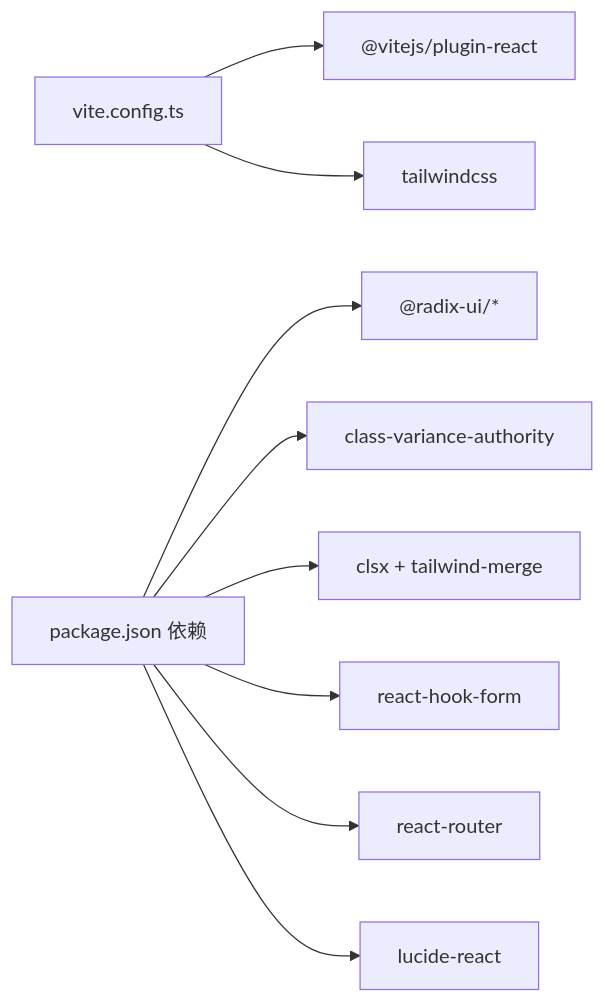
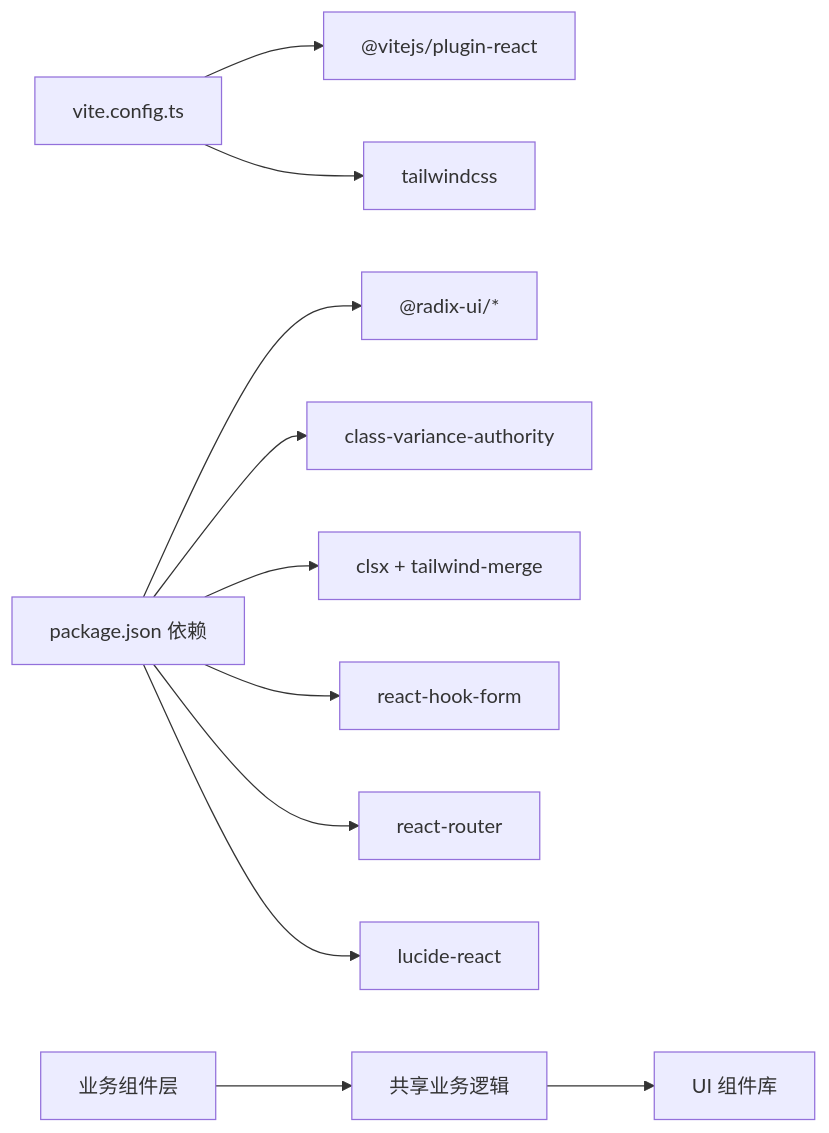
Before and after one commit to chinak/permission_apply: the tenth of 10 diagrams in .qoder/repowiki/zh/content/架构设计/组件架构.md, drawn with Mermaid. The commit also changed other lines of this file and 43 other files, not shown here.

````diff
--- a/.qoder/repowiki/zh/content/架构设计/组件架构.md
+++ b/.qoder/repowiki/zh/content/架构设计/组件架构.md
@@ -356,11 +413,13 @@
 ```mermaid
 graph LR
 VITE["vite.config.ts"] --> REACT["@vitejs/plugin-react"]
 VITE --> TW["tailwindcss"]
 PKG["package.json 依赖"] --> RADIX["@radix-ui/*"]
 PKG --> CV["class-variance-authority"]
 PKG --> CLSX["clsx + tailwind-merge"]
 PKG --> RHF["react-hook-form"]
 PKG --> ROUTER["react-router"]
 PKG --> ICONS["lucide-react"]
+BUSINESS["业务组件层"] --> SHARED["共享业务逻辑"]
+SHARED --> UI["UI 组件库"]
 ```
````
